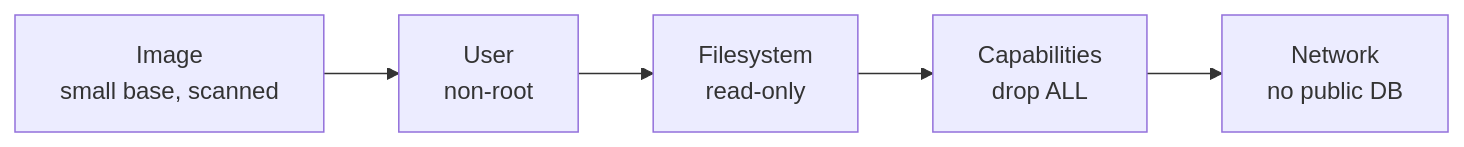
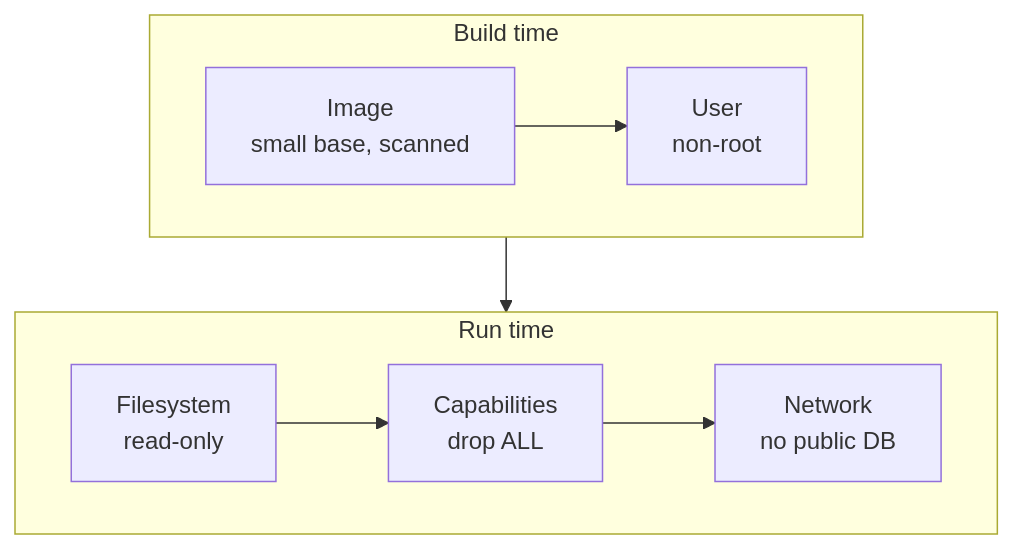
The diagram in docs/06-production-basics/22-security.md (wesamkhateeb98-creator/docker-zero-to-production), drawn with Mermaid before and after one commit. The commit also changed 8 other files, not shown here.

First line of the commit message:
Narrow wide diagrams in docs so they stay readable on GitHub

````diff
--- a/docs/06-production-basics/22-security.md
+++ b/docs/06-production-basics/22-security.md
@@ -8,7 +8,12 @@
 ```mermaid
-flowchart LR
-    I["Image<br/>small base, scanned"] --> U["User<br/>non-root"]
-    U --> F["Filesystem<br/>read-only"]
-    F --> C["Capabilities<br/>drop ALL"]
-    C --> N["Network<br/>no public DB"]
+flowchart TB
+    subgraph L1["Build time"]
+        direction LR
+        I["Image<br/>small base, scanned"] --> U["User<br/>non-root"]
+    end
+    subgraph L2["Run time"]
+        direction LR
+        F["Filesystem<br/>read-only"] --> C["Capabilities<br/>drop ALL"] --> N["Network<br/>no public DB"]
+    end
+    L1 --> L2
 ```
````
